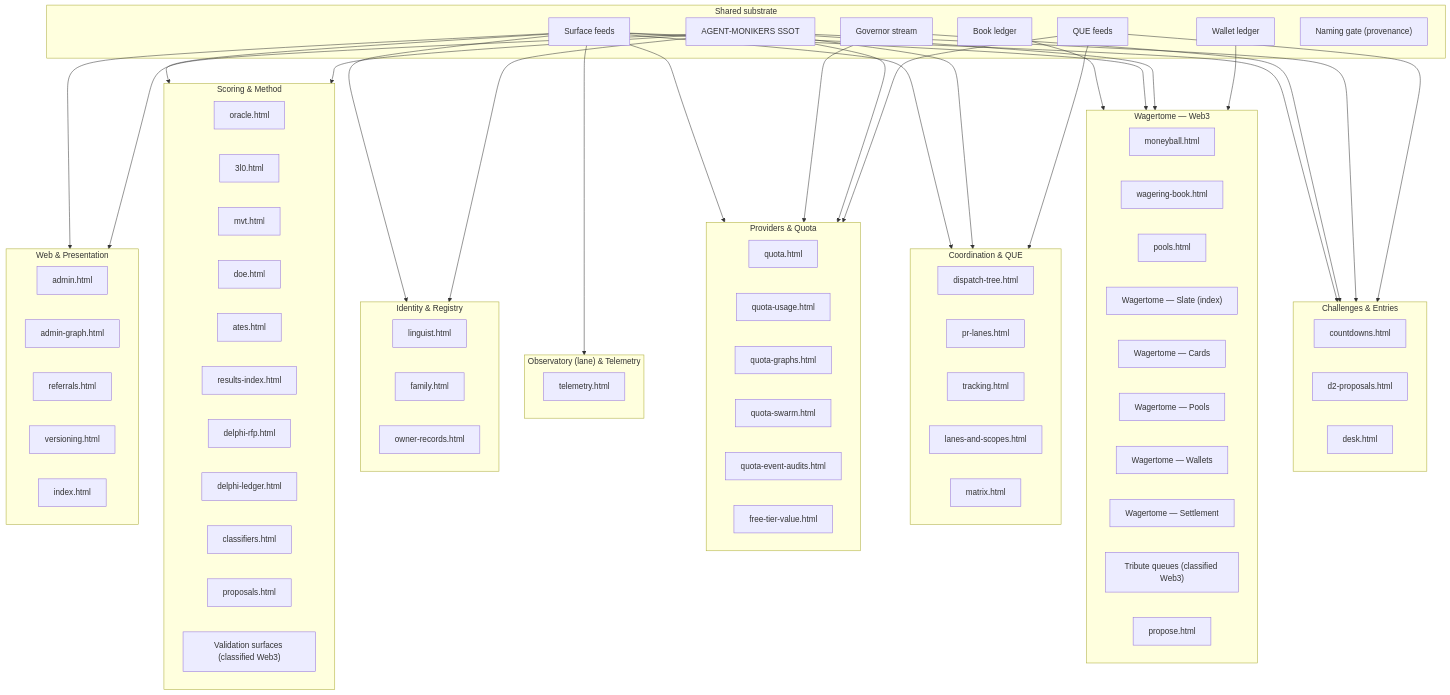
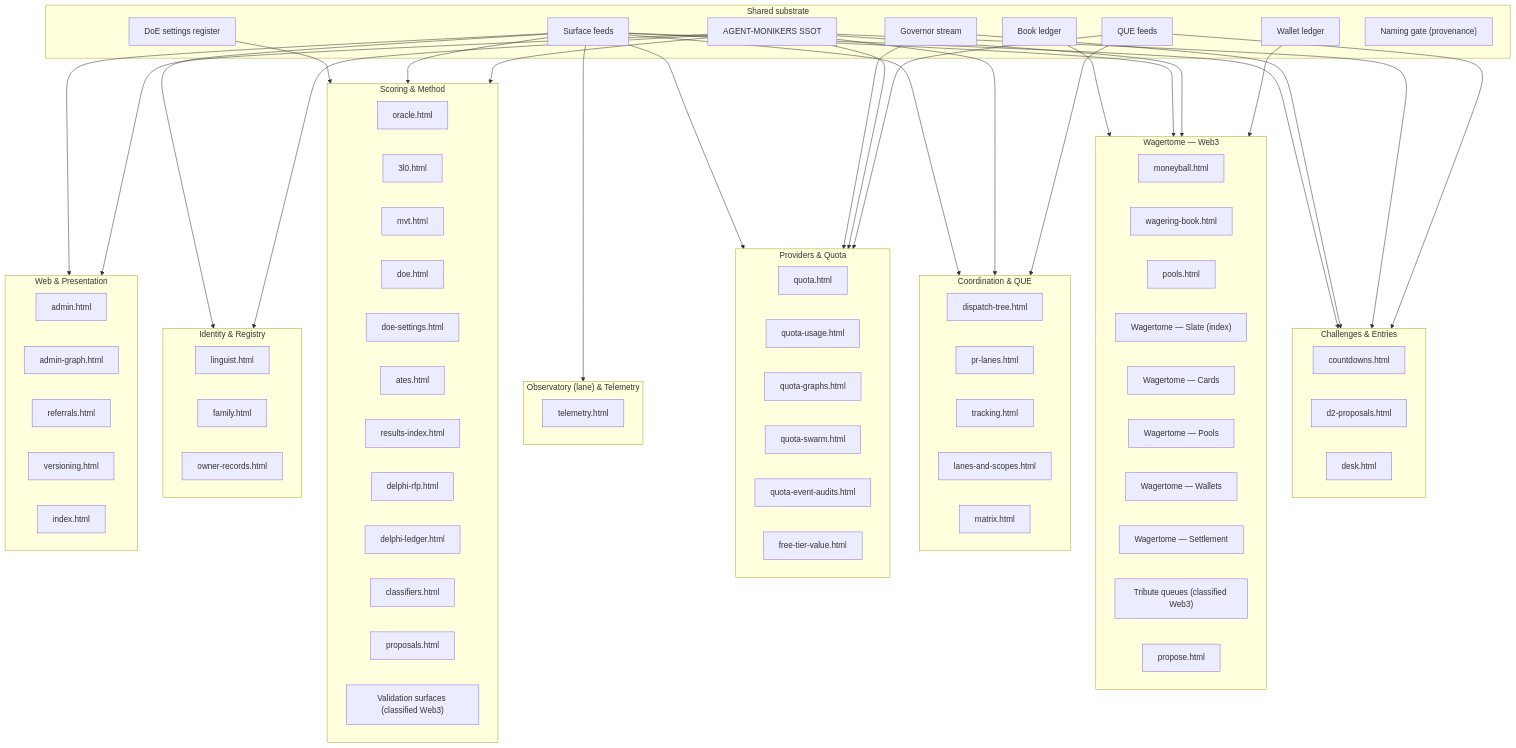
The diagram in docs/ops/SURFACES-MAP.md (timerloggedout-spec/termux-monorepo), drawn with Mermaid before and after one commit. The commit also changed other lines of this file, not shown here.

First line of the commit message:
docs(ops): map DoE settings observatory

```diff
--- a/docs/ops/SURFACES-MAP.md
+++ b/docs/ops/SURFACES-MAP.md
@@ -11,6 +11,7 @@
   subgraph SUB["Shared substrate"]
     monikers["AGENT-MONIKERS SSOT"]
     feeds["Surface feeds"]
+    doeSettings["DoE settings register"]
     quefeeds["QUE feeds"]
     walletledger["Wallet ledger"]
     bookledger["Book ledger"]
@@ -35,6 +36,7 @@
     scoring_1["3l0.html"]
     scoring_2["mvt.html"]
     scoring_3["doe.html"]
+    scoring_11["doe-settings.html"]
     scoring_4["ates.html"]
     scoring_5["results-index.html"]
     scoring_6["delphi-rfp.html"]
@@ -84,6 +86,7 @@
   feeds --> PL_moneyball
   feeds --> PL_observatory
   feeds --> PL_quota
+  doeSettings --> PL_scoring
   feeds --> PL_scoring
   feeds --> PL_web
   governor --> PL_entries
```
